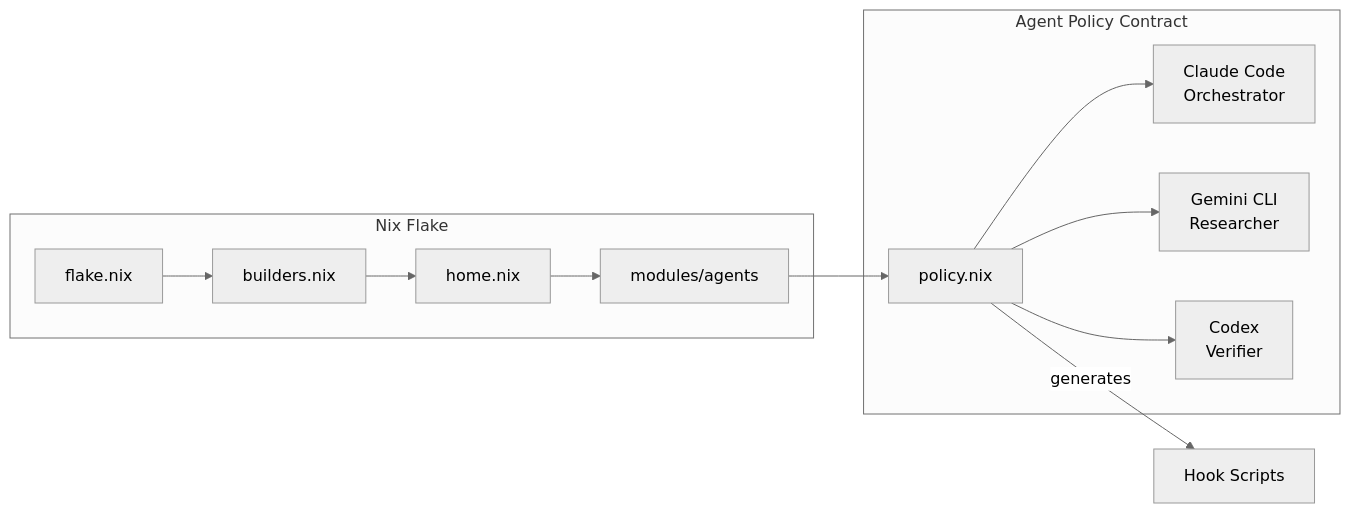
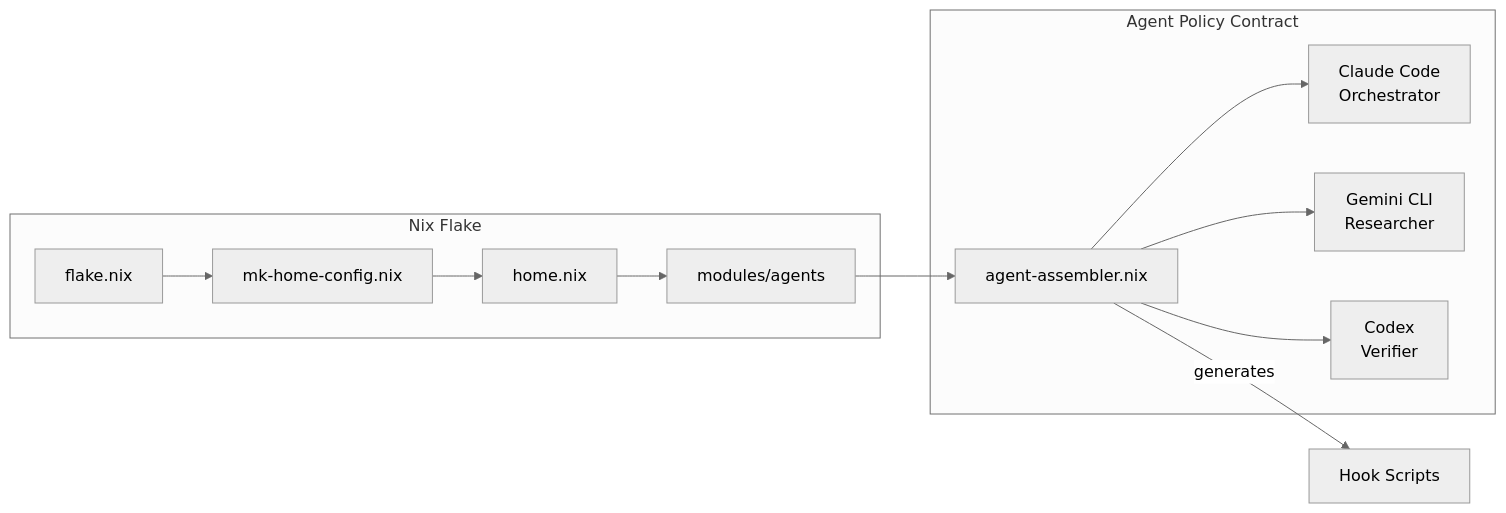
One commit to vanillacake369/tonys-nix changed the diagram in README.md. Above: the diagram before and after it, drawn with Mermaid (neutral theme). The commit also changed 14 other files, not shown here.

````diff
--- a/README.md
+++ b/README.md
@@ -89,17 +89,17 @@
 ```mermaid
 graph LR
     subgraph Nix Flake
-        F[flake.nix] --> B[builders.nix]
+        F[flake.nix] --> B[mk-home-config.nix]
         B --> H[home.nix]
         H --> AG[modules/agents]
     end
 
     subgraph Agent Policy Contract
-        AG --> P[policy.nix]
+        AG --> P[agent-assembler.nix]
         P --> MC[Claude Code<br/>Orchestrator]
         P --> MG[Gemini CLI<br/>Researcher]
         P --> MX[Codex<br/>Verifier]
     end
 
     P -->|generates| HK[Hook Scripts]
 ```
````
